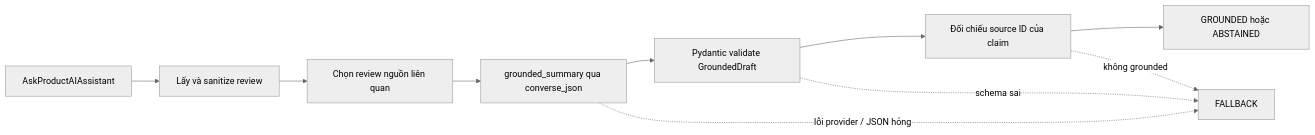
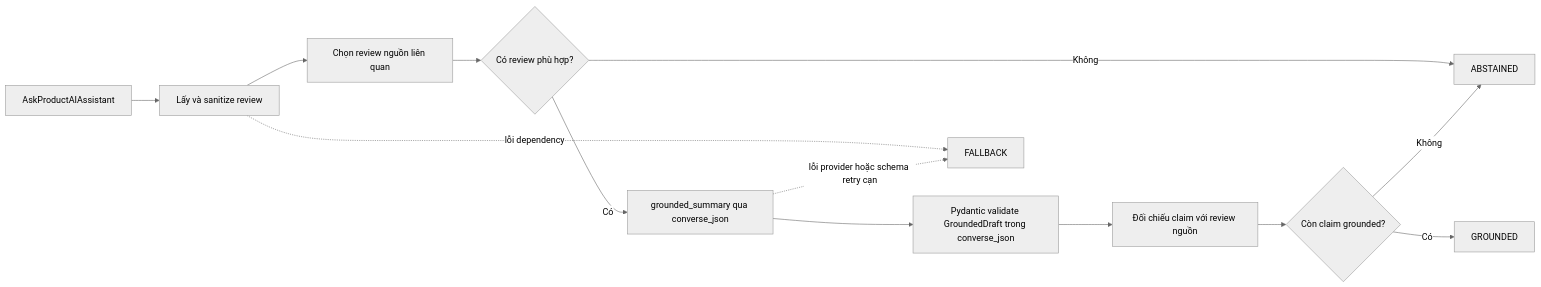
Before and after one commit to tf2-team/tf2-corp-platform: the second of 3 diagrams in docs/ai-engineering/Mandate25.md, drawn with Mermaid (neutral theme). The commit also changed other lines of this file, not shown here.

````diff
--- a/docs/ai-engineering/Mandate25.md
+++ b/docs/ai-engineering/Mandate25.md
@@ -85,12 +85,15 @@
 ```mermaid
 flowchart LR
     A[AskProductAIAssistant] --> B[Lấy và sanitize review]
     B --> C[Chọn review nguồn liên quan]
-    C --> D[grounded_summary qua converse_json]
-    D --> E[Pydantic validate GroundedDraft]
-    E --> F[Đối chiếu source ID của claim]
-    F --> G[GROUNDED hoặc ABSTAINED]
-    D -. lỗi provider / JSON hỏng .-> H[FALLBACK]
-    E -. schema sai .-> H
-    F -. không grounded .-> H
+    C --> D{Có review phù hợp?}
+    D -- Không --> E[ABSTAINED]
+    D -- Có --> F[grounded_summary qua converse_json]
+    F --> G[Pydantic validate GroundedDraft trong converse_json]
+    G --> H[Đối chiếu claim với review nguồn]
+    H --> I{Còn claim grounded?}
+    I -- Có --> J[GROUNDED]
+    I -- Không --> E
+    B -. lỗi dependency .-> K[FALLBACK]
+    F -. lỗi provider hoặc schema retry cạn .-> K
 ```
````
